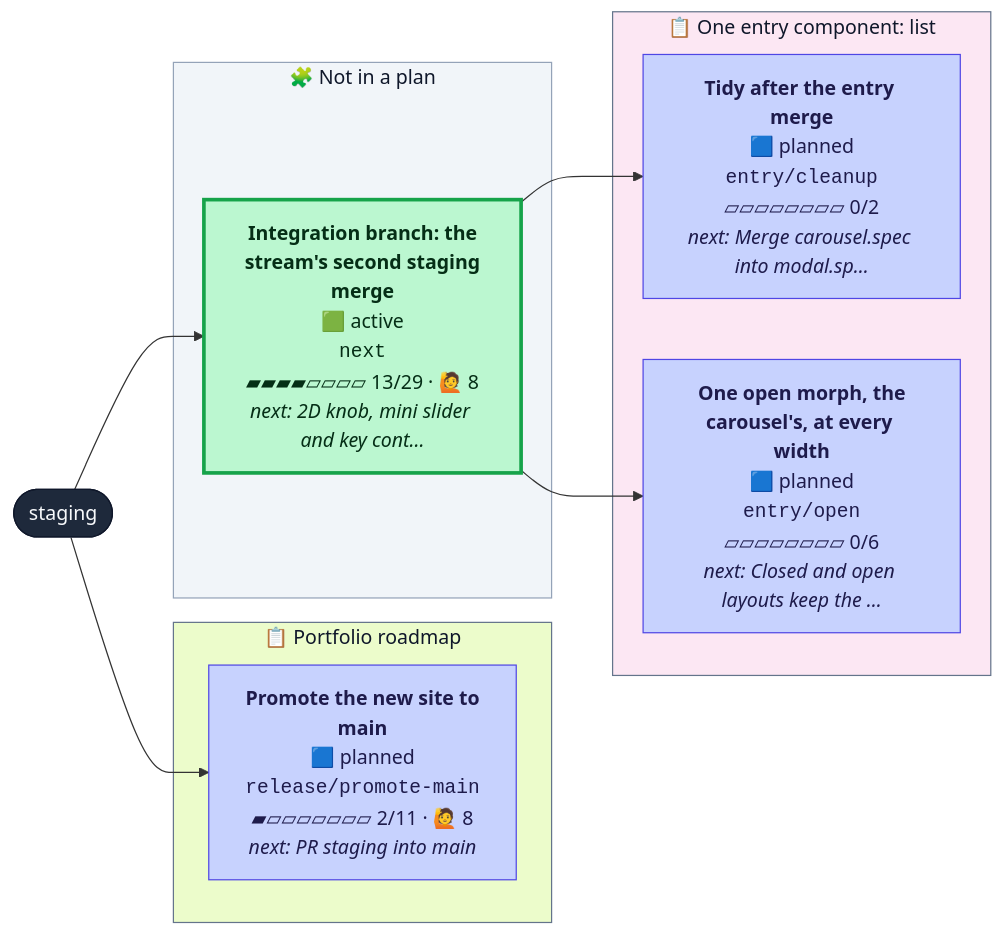
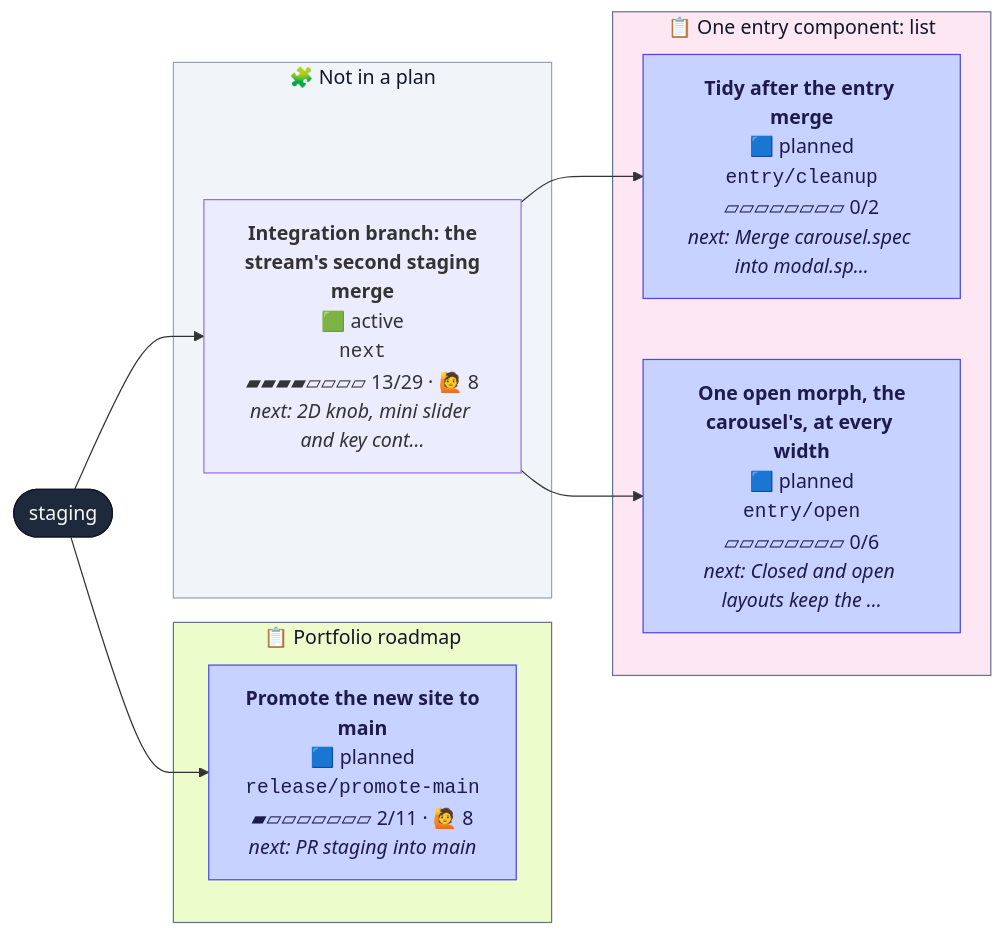
The second of 2 diagrams in CONTRIBUTING.md (henryjonescodes/portfolio), drawn with Mermaid before and after one commit. The commit also changed other lines of this file and 1 other file, not shown here.

````diff
--- a/CONTRIBUTING.md
+++ b/CONTRIBUTING.md
@@ -16,32 +37,33 @@
 ```mermaid
 flowchart LR
   n_staging([staging])
   class n_staging trunk
   subgraph plan_1["📋 One entry component: list"]
     n_entry_cleanup["<b>Tidy after the entry merge</b><br/>🟦 planned<br/><code>entry/cleanup</code><br/>▱▱▱▱▱▱▱▱ 0/2<br/><i>next: Merge carousel.spec into modal.sp…</i>"]
     class n_entry_cleanup planned
     n_entry_open["<b>One open morph, the<br/>carousel's, at every width</b><br/>🟦 planned<br/><code>entry/open</code><br/>▱▱▱▱▱▱▱▱ 0/6<br/><i>next: Closed and open layouts keep the …</i>"]
     class n_entry_open planned
   end
   style plan_1 fill:#fce7f3,stroke:#64748b,color:#0f172a
   subgraph plan_2["📋 Portfolio roadmap"]
     n_release_promote_main["<b>Promote the new site to<br/>main</b><br/>🟦 planned<br/><code>release/promote-main</code><br/>▰▱▱▱▱▱▱▱ 2/11 · 🙋 8<br/><i>next: PR staging into main</i>"]
     class n_release_promote_main planned
   end
   style plan_2 fill:#ecfccb,stroke:#64748b,color:#0f172a
   subgraph loose["🧩 Not in a plan"]
     n_next["<b>Integration branch: the<br/>stream's second staging<br/>merge</b><br/>🟩 active<br/><code>next</code><br/>▰▰▰▰▱▱▱▱ 13/29 · 🙋 8<br/><i>next: 2D knob, mini slider and key cont…</i>"]
-    class n_next active
+    class n_next active,current
   end
   style loose fill:#f1f5f9,stroke:#94a3b8,color:#0f172a
   n_next --> n_entry_cleanup
   n_next --> n_entry_open
   n_staging --> n_next
   n_staging --> n_release_promote_main
   classDef planned fill:#c7d2fe,stroke:#4f46e5,color:#1e1b4b
+  classDef sketched fill:#f8fafc,stroke:#64748b,stroke-dasharray:4 3,color:#334155
   classDef active fill:#bbf7d0,stroke:#16a34a,stroke-width:3px,color:#052e16
   classDef review fill:#fde68a,stroke:#d97706,stroke-width:3px,color:#451a03
   classDef blocked fill:#fecaca,stroke:#dc2626,stroke-width:3px,color:#450a0a
   classDef trunk fill:#1e293b,stroke:#0f172a,color:#f8fafc
   classDef current stroke:#0ea5e9,stroke-width:5px
 ```
````
